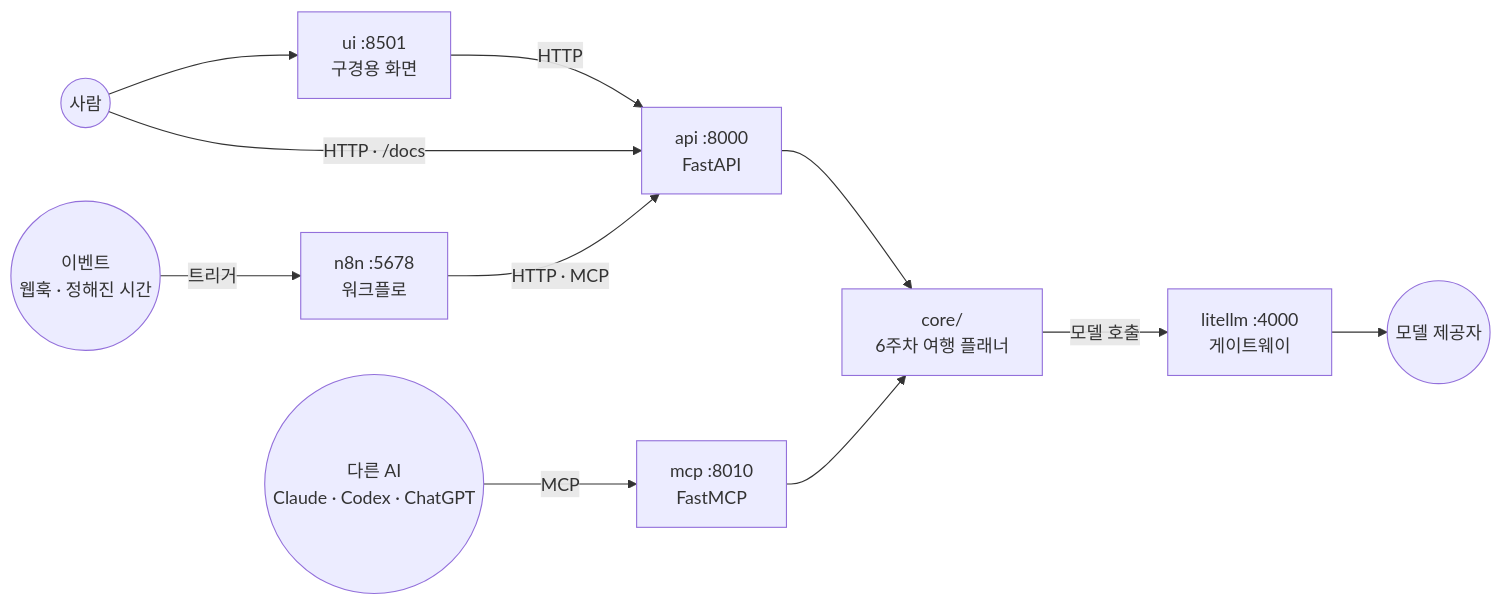
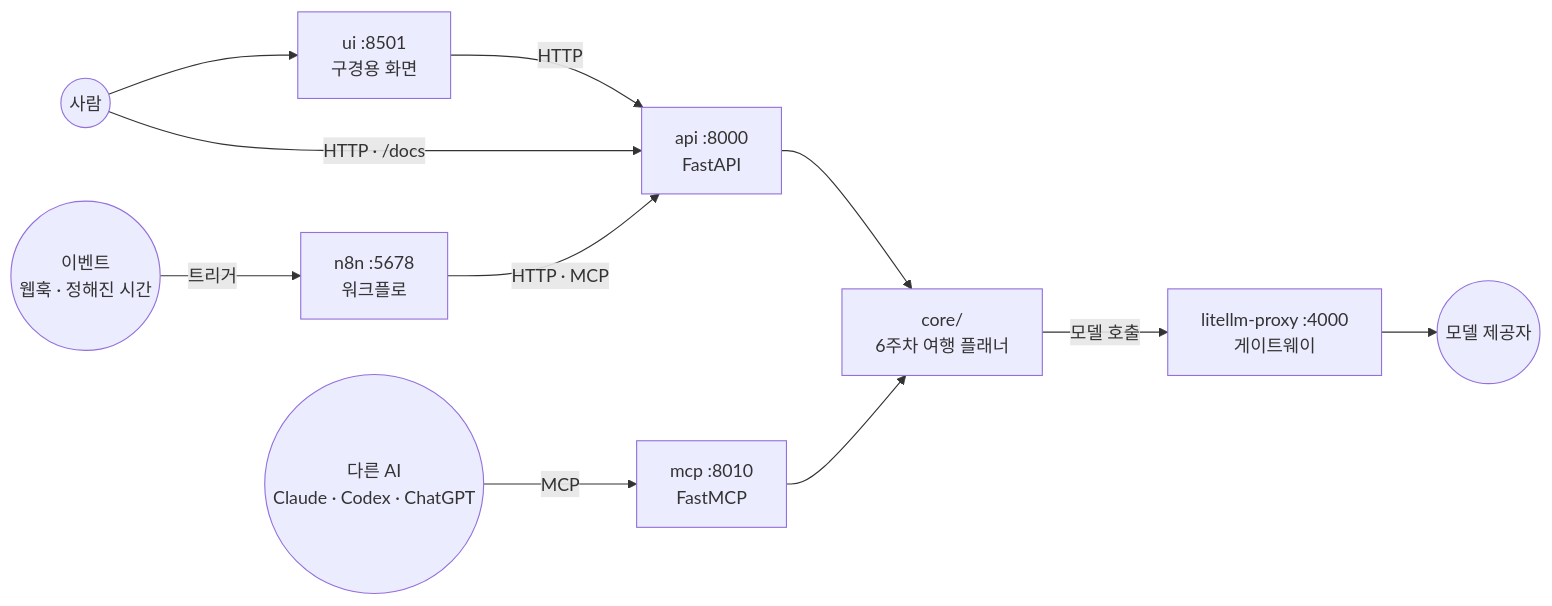
One commit to 2026-ai-service-engineering-a/ai_service_engineering-track_a changed the first of 16 diagrams in site/src/content/courses/ko/session-08/index.mdx. Above: the diagram before and after it, drawn with Mermaid. The commit also changed other lines of this file and 7 other files, not shown here.

````diff
--- a/site/src/content/courses/ko/session-08/index.mdx
+++ b/site/src/content/courses/ko/session-08/index.mdx
@@ -73,13 +75,13 @@
 ```mermaid
 flowchart LR
     P(("사람")) --> U["ui :8501<br/>구경용 화면"]
     U -->|"HTTP"| A["api :8000<br/>FastAPI"]
     P -->|"HTTP · /docs"| A
     AI(("다른 AI<br/>Claude · Codex · ChatGPT")) -->|"MCP"| M["mcp :8010<br/>FastMCP"]
     E(("이벤트<br/>웹훅 · 정해진 시간")) -->|"트리거"| N["n8n :5678<br/>워크플로"]
     N -->|"HTTP · MCP"| A
     A --> C["core/<br/>6주차 여행 플래너"]
     M --> C
-    C -->|"모델 호출"| G["litellm :4000<br/>게이트웨이"]
+    C -->|"모델 호출"| G["litellm-proxy :4000<br/>게이트웨이"]
     G --> L(("모델 제공자"))
 ```
````
